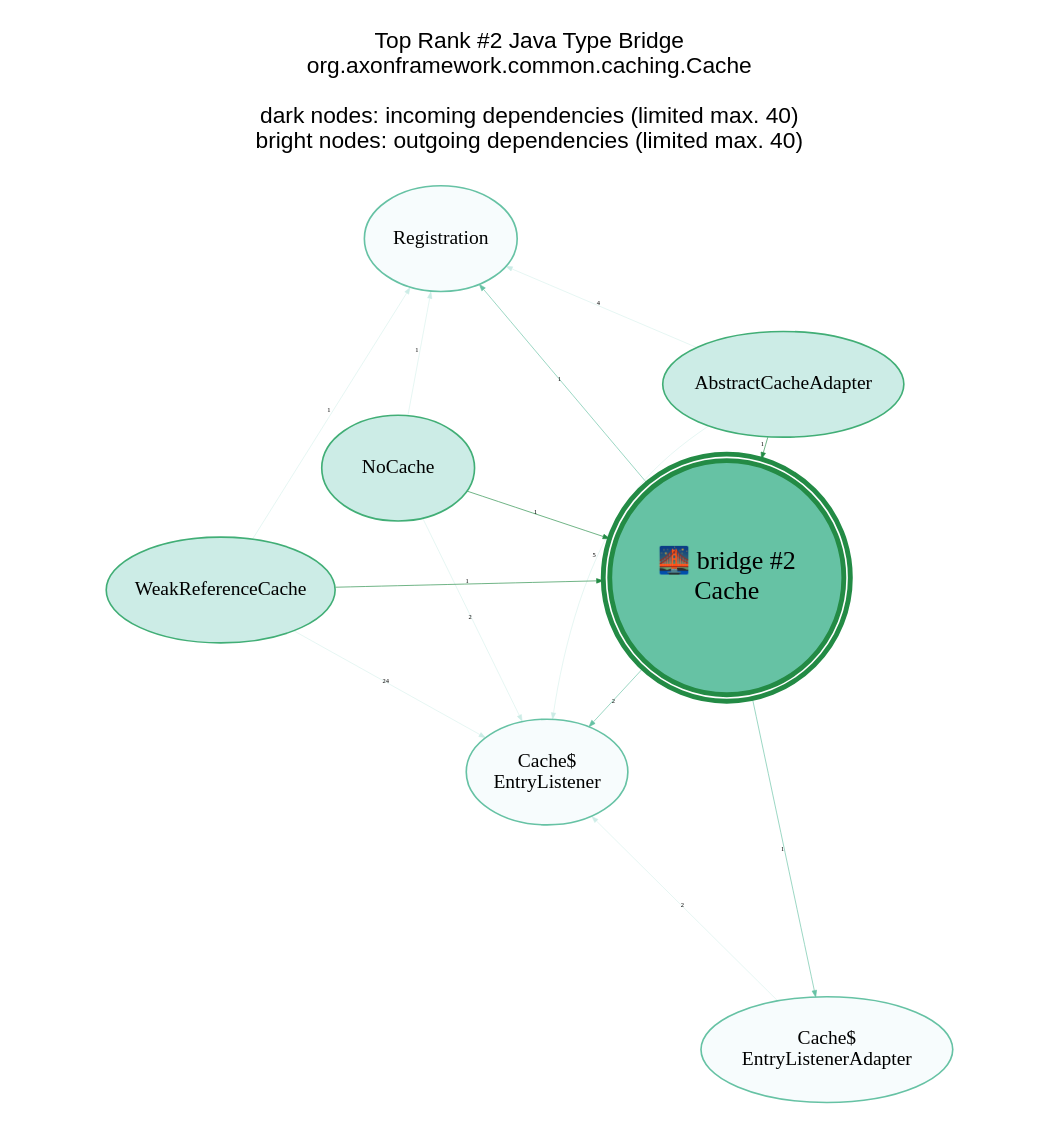
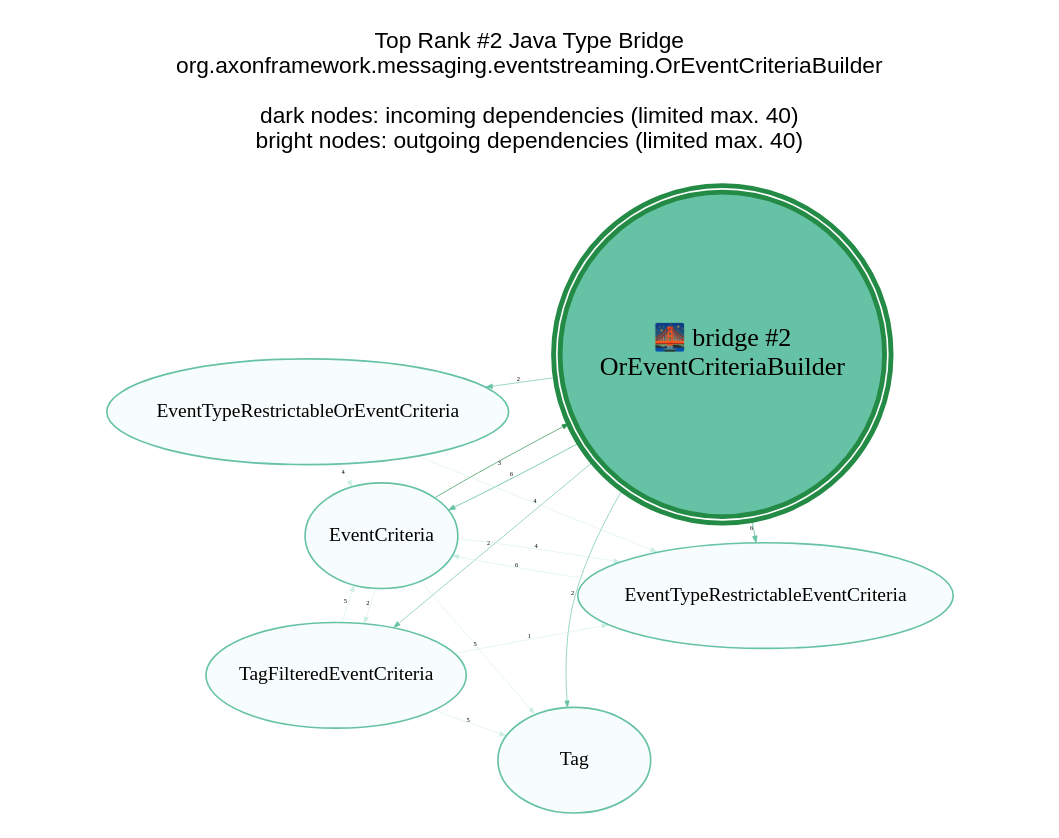
The diagram in analysis-results/AxonFramework/AxonFramework-5.0.3/anomaly-detection/Java_Type/GraphVisualizations/graphviz/TopBridge2.gv (JohT/code-graph-analysis-examples), drawn with Graphviz before and after one commit. The commit also changed 435 other files, not shown here.

```diff
--- a/analysis-results/AxonFramework/AxonFramework-5.0.3/anomaly-detection/Java_Type/GraphVisualizations/graphviz/TopBridge2.gv
+++ b/analysis-results/AxonFramework/AxonFramework-5.0.3/anomaly-detection/Java_Type/GraphVisualizations/graphviz/TopBridge2.gv
@@ -1,30 +1,32 @@
 // This GraphViz dot file was generated by the script convertQueryResultCsvToGraphVizDotFile.sh with TopCentral.template
 
 strict digraph TopBridge2 {
     graph [layout = "fdp"; start = "7"; splines = "spline"; pad = "0.8,0.1"; outputorder = "edgesfirst";];
     graph [fontname = "Helvetica,Arial,sans-serif"; labelloc = "t";];
     node [colorscheme = "bugn9"; color = 6; fillcolor = 3;];
     edge [colorscheme = "bugn9"; color = 7;];
     node [fontsize = 12; style = "filled"; margin = "0.03,0.03"; width="1.3"; height="0.9";];
     edge [fontsize = 4; arrowsize = "0.4";];
 
     central [shape = "doublecircle"; height = "2.0"; margin = "0.000001,0.000001";];
     central [fontsize = 16;];
     central [color = 7; fillcolor = 5; penwidth = 3;];
 
-	graph   [label="Top Rank #2 Java Type Bridge\norg.axonframework.common.caching.Cache\n\ndark nodes: incoming dependencies (limited max. 40)\nbright nodes: outgoing dependencies (limited max. 40)\n\n"];
-	central [label="🌉 bridge #2\nCache"];
-	"AbstractCacheAdapter_49300" [label = "AbstractCacheAdapter"; ]; "AbstractCacheAdapter_49300" -> central [label=1; weight=1; penwidth=0.4];
-	"NoCache_49318" [label = "NoCache"; ]; "NoCache_49318" -> central [label=1; weight=1; penwidth=0.4];
-	"WeakReferenceCache_49316" [label = "WeakReferenceCache"; ]; "WeakReferenceCache_49316" -> central [label=1; weight=1; penwidth=0.4];
-	"Cache$EntryListener_49368" [label = "Cache$\nEntryListener"; color = 5; fillcolor = 1; ]; central -> "Cache$EntryListener_49368" [label=2; weight=2; penwidth=0.4; color = 5];
-	"Cache$EntryListenerAdapter_49311" [label = "Cache$\nEntryListenerAdapter"; color = 5; fillcolor = 1; ]; central -> "Cache$EntryListenerAdapter_49311" [label=1; weight=1; penwidth=0.4; color = 5];
-	"Registration_49367" [label = "Registration"; color = 5; fillcolor = 1; ]; central -> "Registration_49367" [label=1; weight=1; penwidth=0.4; color = 5];
-	"WeakReferenceCache_49316" -> "Cache$EntryListener_49368" [label=24; weight=24; penwidth=0.3; color = 3]
-	"AbstractCacheAdapter_49300" -> "Cache$EntryListener_49368" [label=5; weight=5; penwidth=0.3; color = 3]
-	"AbstractCacheAdapter_49300" -> "Registration_49367" [label=4; weight=4; penwidth=0.3; color = 3]
-	"Cache$EntryListenerAdapter_49311" -> "Cache$EntryListener_49368" [label=2; weight=2; penwidth=0.3; color = 3]
-	"NoCache_49318" -> "Cache$EntryListener_49368" [label=2; weight=2; penwidth=0.3; color = 3]
-	"NoCache_49318" -> "Registration_49367" [label=1; weight=1; penwidth=0.3; color = 3]
-	"WeakReferenceCache_49316" -> "Registration_49367" [label=1; weight=1; penwidth=0.3; color = 3]
+	graph   [label="Top Rank #2 Java Type Bridge\norg.axonframework.messaging.eventstreaming.OrEventCriteriaBuilder\n\ndark nodes: incoming dependencies (limited max. 40)\nbright nodes: outgoing dependencies (limited max. 40)\n\n"];
+	central [label="🌉 bridge #2\nOrEventCriteriaBuilder"];
+	"EventCriteria_8409" [label = "EventCriteria"; ]; "EventCriteria_8409" -> central [label=3; weight=3; penwidth=0.4];
+	"EventCriteria_8409" [label = "EventCriteria"; color = 5; fillcolor = 1; ]; central -> "EventCriteria_8409" [label=6; weight=6; penwidth=0.5; color = 5];
+	"EventTypeRestrictableEventCriteria_8415" [label = "EventTypeRestrictableEventCriteria"; color = 5; fillcolor = 1; ]; central -> "EventTypeRestrictableEventCriteria_8415" [label=6; weight=6; penwidth=0.5; color = 5];
+	"EventTypeRestrictableOrEventCriteria_12557" [label = "EventTypeRestrictableOrEventCriteria"; color = 5; fillcolor = 1; ]; central -> "EventTypeRestrictableOrEventCriteria_12557" [label=2; weight=2; penwidth=0.4; color = 5];
+	"Tag_12153" [label = "Tag"; color = 5; fillcolor = 1; ]; central -> "Tag_12153" [label=2; weight=2; penwidth=0.4; color = 5];
+	"TagFilteredEventCriteria_12155" [label = "TagFilteredEventCriteria"; color = 5; fillcolor = 1; ]; central -> "TagFilteredEventCriteria_12155" [label=2; weight=2; penwidth=0.4; color = 5];
+	"EventTypeRestrictableEventCriteria_8415" -> "EventCriteria_8409" [label=6; weight=6; penwidth=0.3; color = 3]
+	"EventCriteria_8409" -> "Tag_12153" [label=5; weight=5; penwidth=0.3; color = 3]
+	"TagFilteredEventCriteria_12155" -> "EventCriteria_8409" [label=5; weight=5; penwidth=0.3; color = 3]
+	"TagFilteredEventCriteria_12155" -> "Tag_12153" [label=5; weight=5; penwidth=0.3; color = 3]
+	"EventCriteria_8409" -> "EventTypeRestrictableEventCriteria_8415" [label=4; weight=4; penwidth=0.3; color = 3]
+	"EventTypeRestrictableOrEventCriteria_12557" -> "EventTypeRestrictableEventCriteria_8415" [label=4; weight=4; penwidth=0.3; color = 3]
+	"EventTypeRestrictableOrEventCriteria_12557" -> "EventCriteria_8409" [label=4; weight=4; penwidth=0.3; color = 3]
+	"EventCriteria_8409" -> "TagFilteredEventCriteria_12155" [label=2; weight=2; penwidth=0.3; color = 3]
+	"TagFilteredEventCriteria_12155" -> "EventTypeRestrictableEventCriteria_8415" [label=1; weight=1; penwidth=0.3; color = 3]
 }
```
